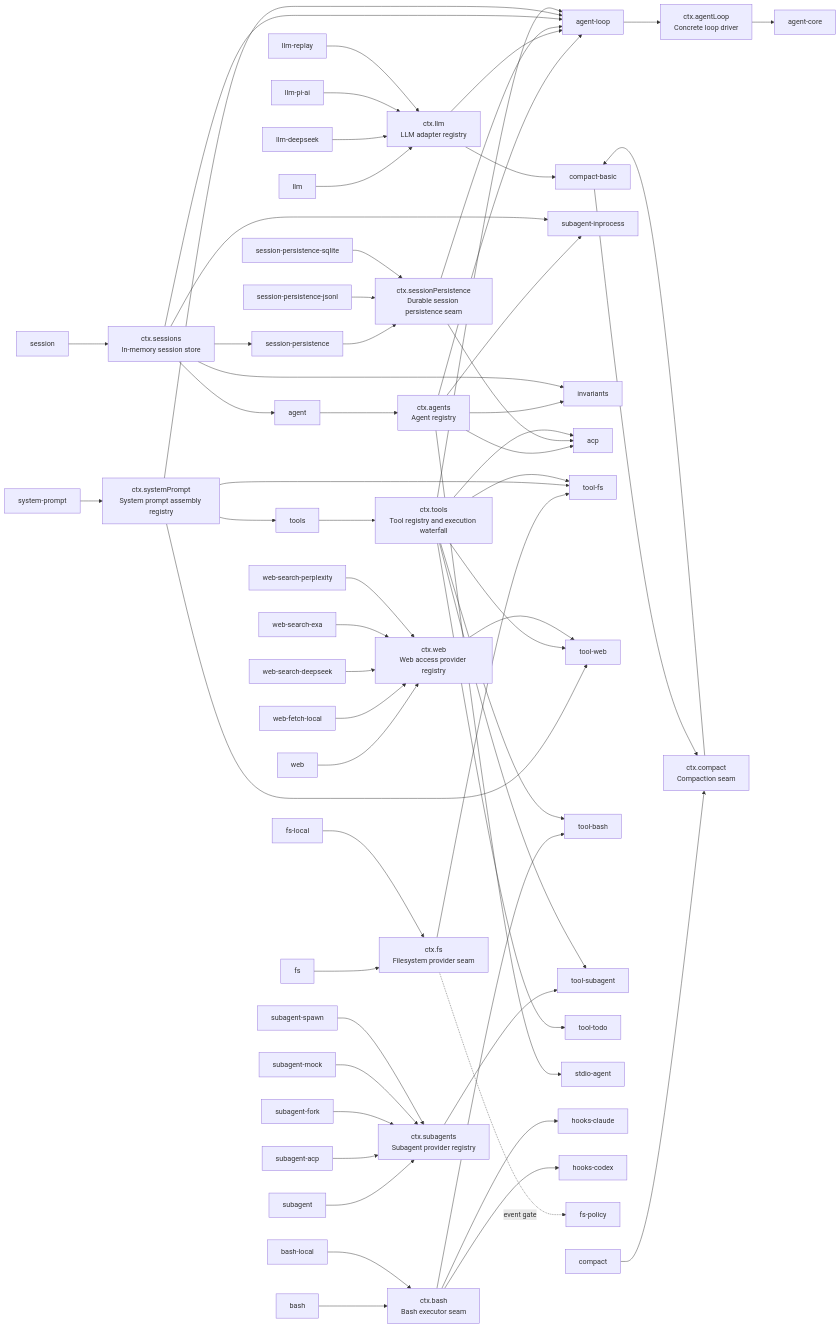
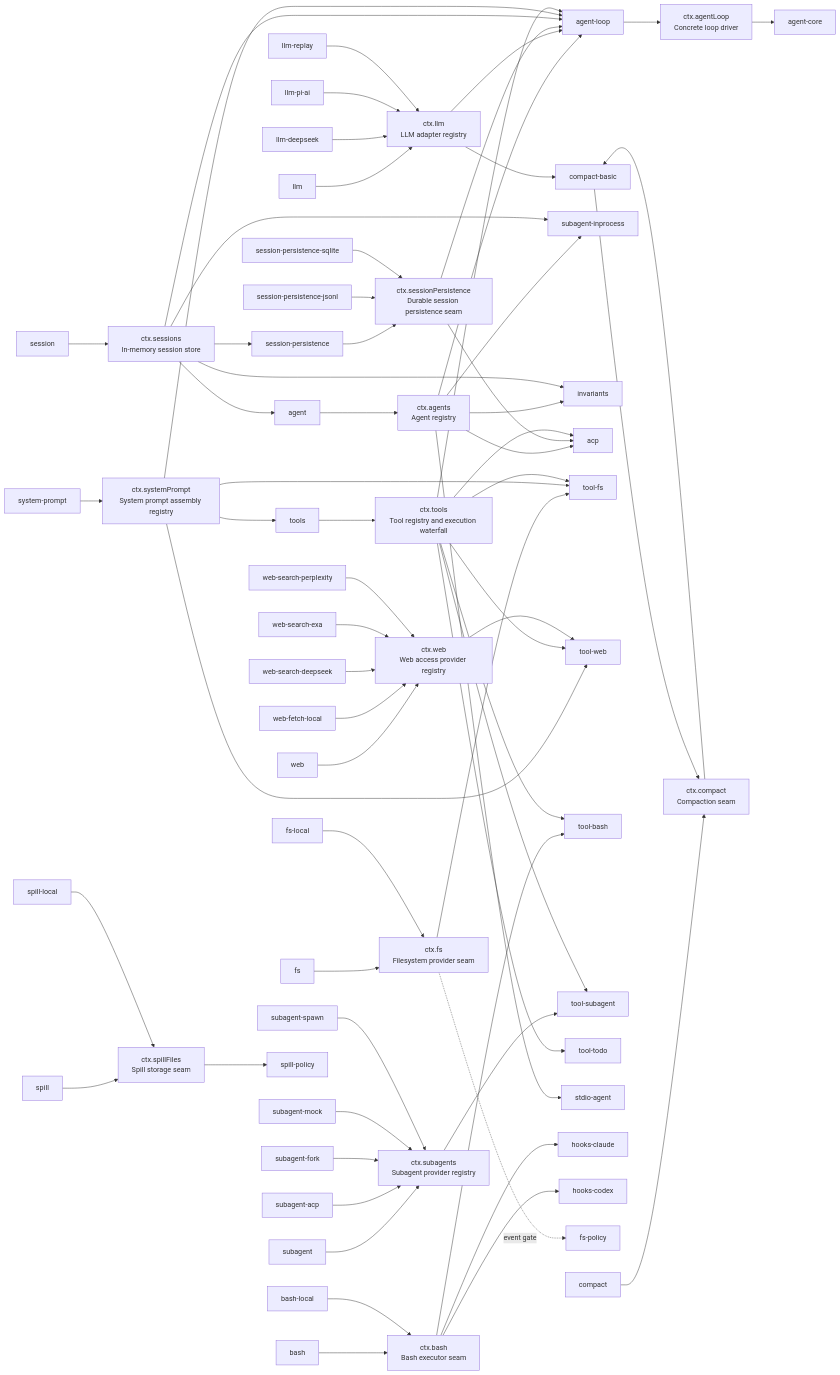
One commit to 007M7/DeepCode changed the diagram in docs/capability-seams.md. Above: the diagram before and after it, drawn with Mermaid. The commit also changed other lines of this file and 34 other files, not shown here.

First line of the commit message:
feat(spill): add tool-output spill seam, local backend, and policy

```diff
--- a/docs/capability-seams.md
+++ b/docs/capability-seams.md
@@ -60,6 +60,10 @@
   pkg_web_search_perplexity["web-search-perplexity"]
   pkg_web_search_deepseek["web-search-deepseek"]
   pkg_web_fetch_local["web-fetch-local"]
+  pkg_spill["spill"]
+  svc_spillFiles["ctx.spillFiles<br/>Spill storage seam"]
+  pkg_spill_local["spill-local"]
+  pkg_spill_policy["spill-policy"]
   pkg_agent --> svc_agents
   pkg_agent_loop --> svc_agentLoop
   pkg_bash --> svc_bash
@@ -76,6 +80,8 @@
   pkg_session_persistence --> svc_sessionPersistence
   pkg_session_persistence_jsonl --> svc_sessionPersistence
   pkg_session_persistence_sqlite --> svc_sessionPersistence
+  pkg_spill --> svc_spillFiles
+  pkg_spill_local --> svc_spillFiles
   pkg_subagent --> svc_subagents
   pkg_subagent_acp --> svc_subagents
   pkg_subagent_fork --> svc_subagents
@@ -108,6 +114,7 @@
   svc_sessions --> pkg_invariants
   svc_sessions --> pkg_session_persistence
   svc_sessions --> pkg_subagent_inprocess
+  svc_spillFiles --> pkg_spill_policy
   svc_subagents --> pkg_tool_subagent
   svc_systemPrompt --> pkg_agent_loop
   svc_systemPrompt --> pkg_tool_fs
```
